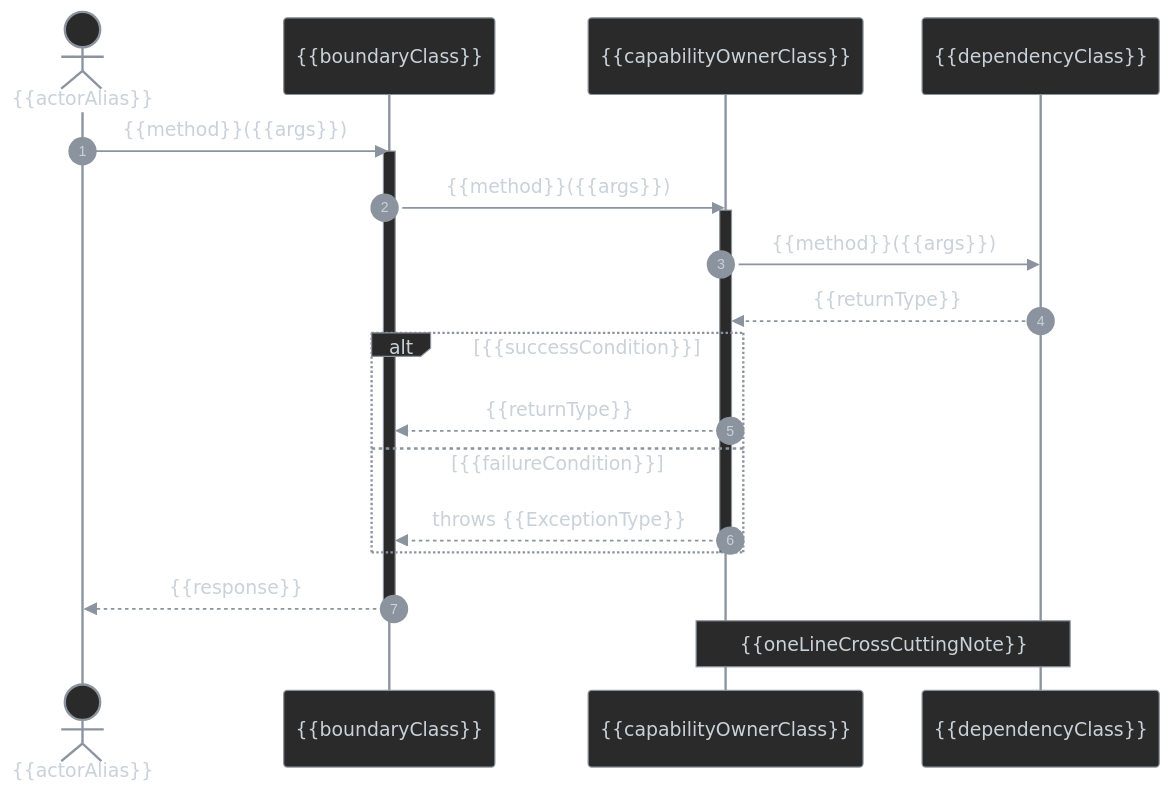
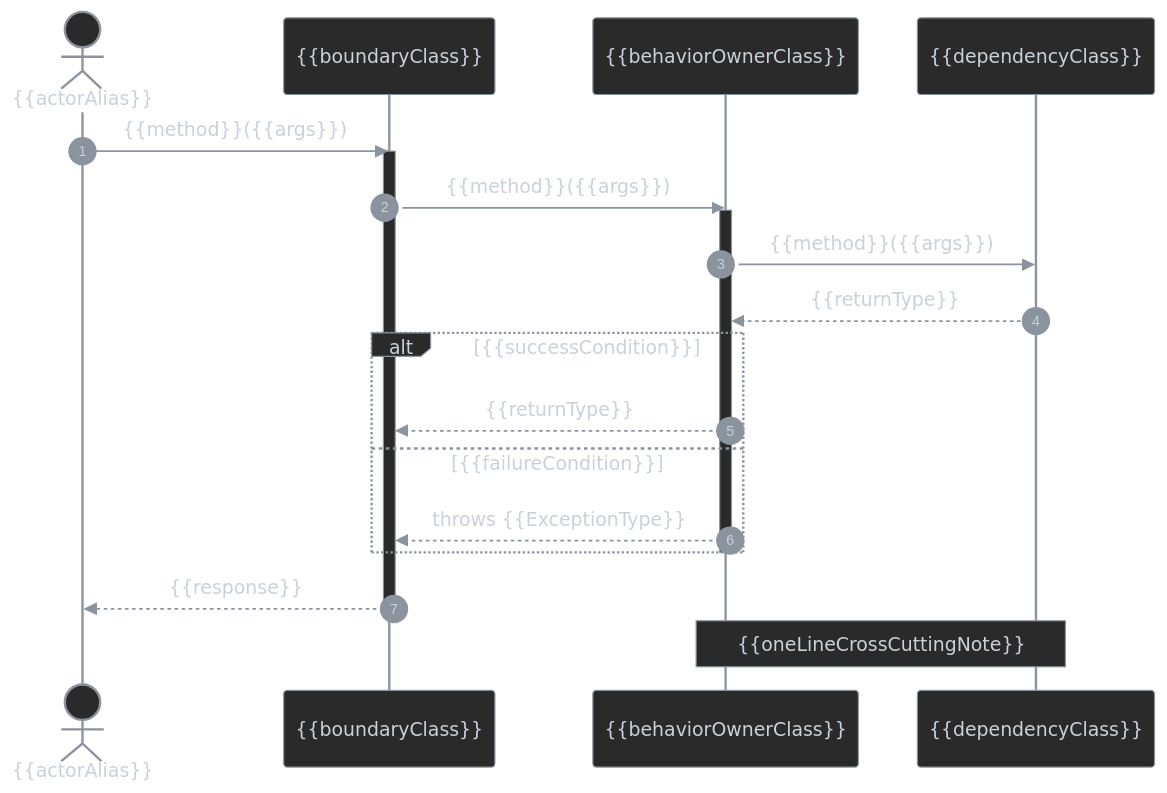
Before and after one commit to antshc/brain: the diagram in plugins/wf/skills/doc-behavior-diagram/templates/sequence-diagram-template.md, drawn with Mermaid. The commit also changed 8 other files, not shown here.

````diff
--- a/plugins/wf/skills/doc-behavior-diagram/templates/sequence-diagram-template.md
+++ b/plugins/wf/skills/doc-behavior-diagram/templates/sequence-diagram-template.md
@@ -60,36 +60,36 @@
 ```mermaid
 %%{init: {'themeVariables': {
     'lineColor': '#8b949e',
     'actorBkg': '#2a2a2a', 'actorBorder': '#8b949e', 'actorTextColor': '#c9d1d9', 'actorLineColor': '#8b949e',
     'signalColor': '#8b949e', 'signalTextColor': '#c9d1d9',
     'labelBoxBkgColor': '#2a2a2a', 'labelBoxBorderColor': '#8b949e', 'labelTextColor': '#c9d1d9',
     'loopTextColor': '#c9d1d9',
     'noteBkgColor': '#2a2a2a', 'noteBorderColor': '#8b949e', 'noteTextColor': '#c9d1d9',
     'activationBorderColor': '#8b949e', 'activationBkgColor': '#2a2a2a',
     'sequenceNumberColor': '#c9d1d9'
 }}}%%
 %% diagram-id: {{diagramId}}
 sequenceDiagram
     autonumber
     actor {{actorAlias}}
     participant {{boundaryAlias}} as {{boundaryClass}}
-    participant {{ownerAlias}} as {{capabilityOwnerClass}}
+    participant {{ownerAlias}} as {{behaviorOwnerClass}}
     participant {{dependencyAlias}} as {{dependencyClass}}
 
     {{actorAlias}}->>{{boundaryAlias}}: {{method}}({{args}})
     activate {{boundaryAlias}}
     {{boundaryAlias}}->>{{ownerAlias}}: {{method}}({{args}})
     activate {{ownerAlias}}
     {{ownerAlias}}->>{{dependencyAlias}}: {{method}}({{args}})
     {{dependencyAlias}}-->>{{ownerAlias}}: {{returnType}}
     alt {{successCondition}}
         {{ownerAlias}}-->>{{boundaryAlias}}: {{returnType}}
     else {{failureCondition}}
         {{ownerAlias}}-->>{{boundaryAlias}}: throws {{ExceptionType}}
     end
     deactivate {{ownerAlias}}
     {{boundaryAlias}}-->>{{actorAlias}}: {{response}}
     deactivate {{boundaryAlias}}
 
     note over {{ownerAlias}},{{dependencyAlias}}: {{oneLineCrossCuttingNote}}
 ```
````
